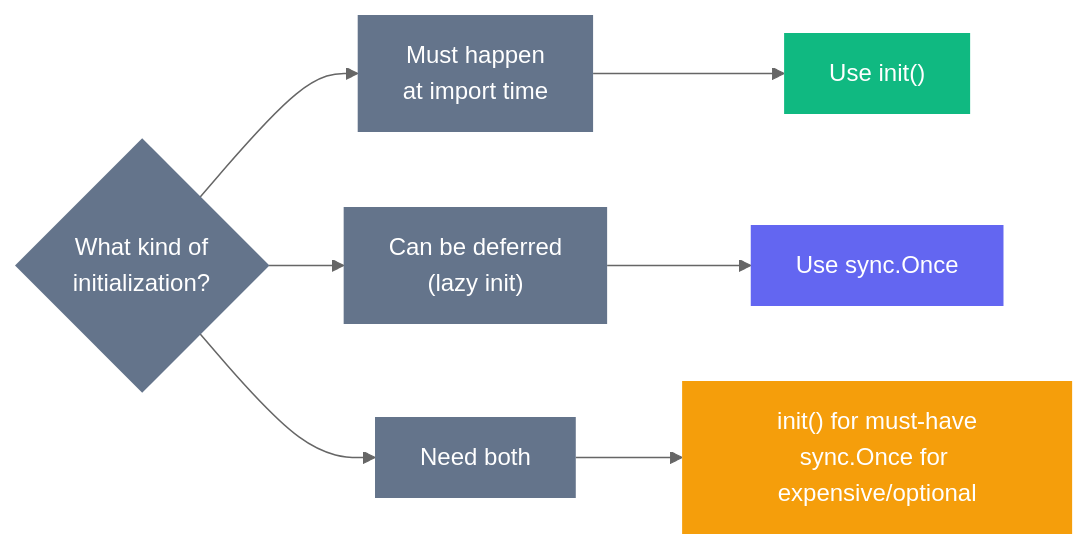
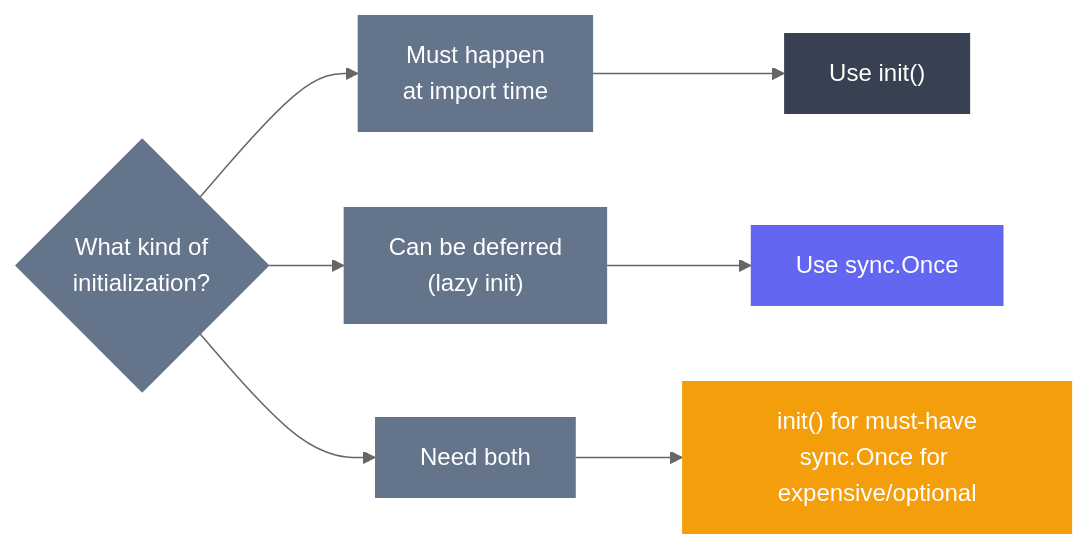
The third of 3 diagrams in content/writing/go-program-entry-point.md (ashwingopalsamy/site), drawn with Mermaid (neutral theme) before and after one commit. The commit also changed other lines of this file and 26 other files, not shown here.

```diff
--- a/content/writing/go-program-entry-point.md
+++ b/content/writing/go-program-entry-point.md
@@ -185,23 +185,23 @@
 {{< mermaid >}}
 graph LR
     Q{"What kind of\ninitialization?"}
     A["Must happen\nat import time"]
     B["Can be deferred\n(lazy init)"]
     C["Need both"]
 
     R1["Use init()"]
     R2["Use sync.Once"]
     R3["init() for must-have\nsync.Once for expensive/optional"]
 
     Q --> A --> R1
     Q --> B --> R2
     Q --> C --> R3
 
-    style R1 fill:#10b981,color:#fff,stroke:none
+    style R1 fill:#374151,color:#fff,stroke:none
     style R2 fill:#6366f1,color:#fff,stroke:none
     style R3 fill:#f59e0b,color:#fff,stroke:none
     style Q fill:#64748b,color:#fff,stroke:none
     style A fill:#64748b,color:#fff,stroke:none
     style B fill:#64748b,color:#fff,stroke:none
     style C fill:#64748b,color:#fff,stroke:none
 {{< /mermaid >}}
```
